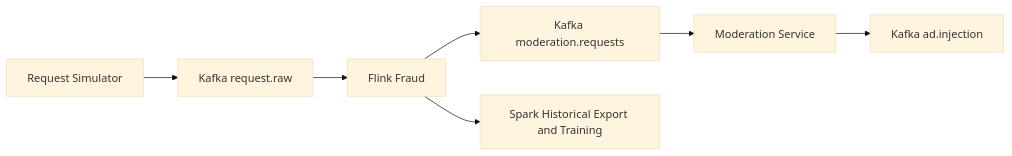
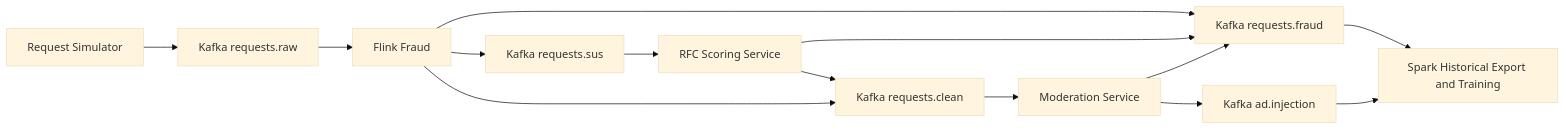
The diagram in docs/project_overview.md (IamMistake/ai-ad-request-safety-pipeline), drawn with Mermaid (base theme) before and after one commit. The commit also changed other lines of this file and 27 other files, not shown here.

Commit message:
document new architecture phase one

````diff
--- a/docs/project_overview.md
+++ b/docs/project_overview.md
@@ -34,9 +35,16 @@
 ```mermaid
 flowchart LR
-    A[Request Simulator] --> B[Kafka request.raw]
+    A[Request Simulator] --> B[Kafka requests.raw]
     B --> C[Flink Fraud]
-    C --> D[Kafka moderation.requests]
-    D --> E[Moderation Service]
-    E --> F[Kafka ad.injection]
-    C --> G[Spark Historical Export and Training]
+    C --> D[Kafka requests.sus]
+    D --> E[RFC Scoring Service]
+    E --> F[Kafka requests.clean]
+    C --> F
+    C --> G[Kafka requests.fraud]
+    E --> G
+    F --> H[Moderation Service]
+    H --> I[Kafka ad.injection]
+    H --> G
+    G --> J[Spark Historical Export and Training]
+    I --> J
 ```
````
